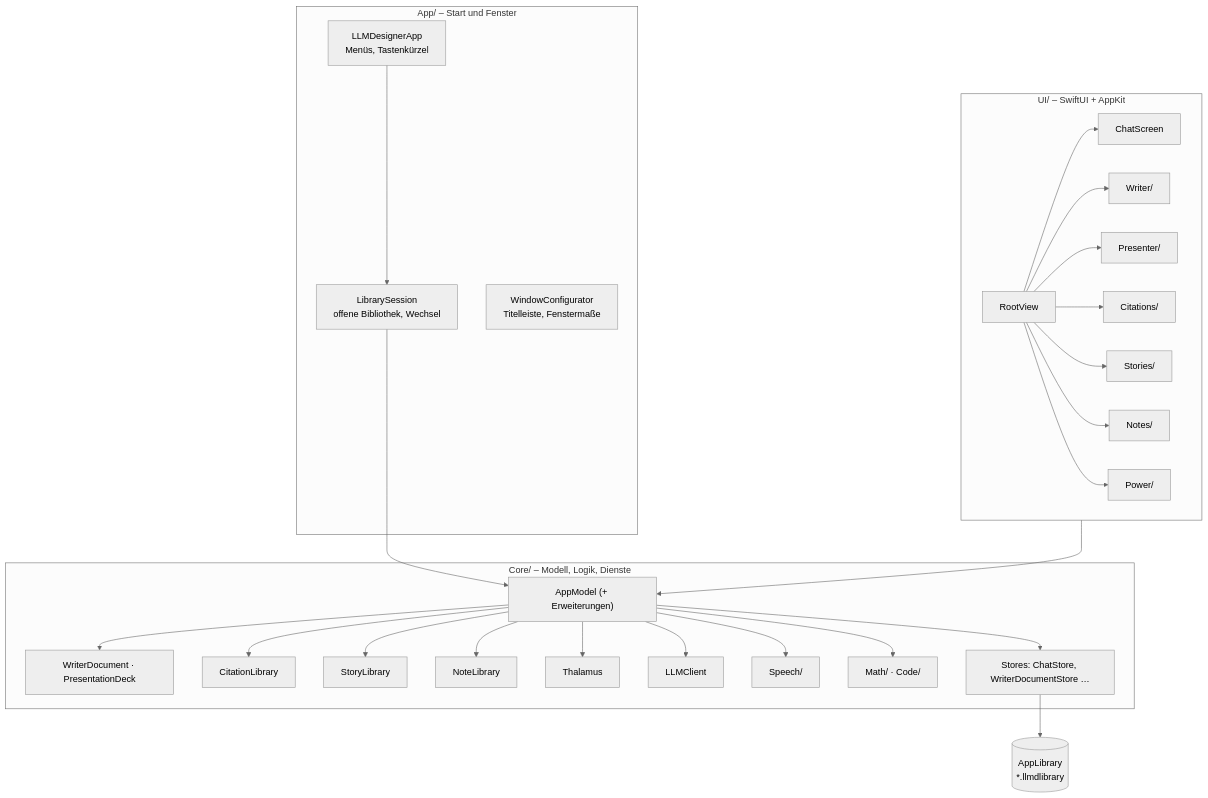
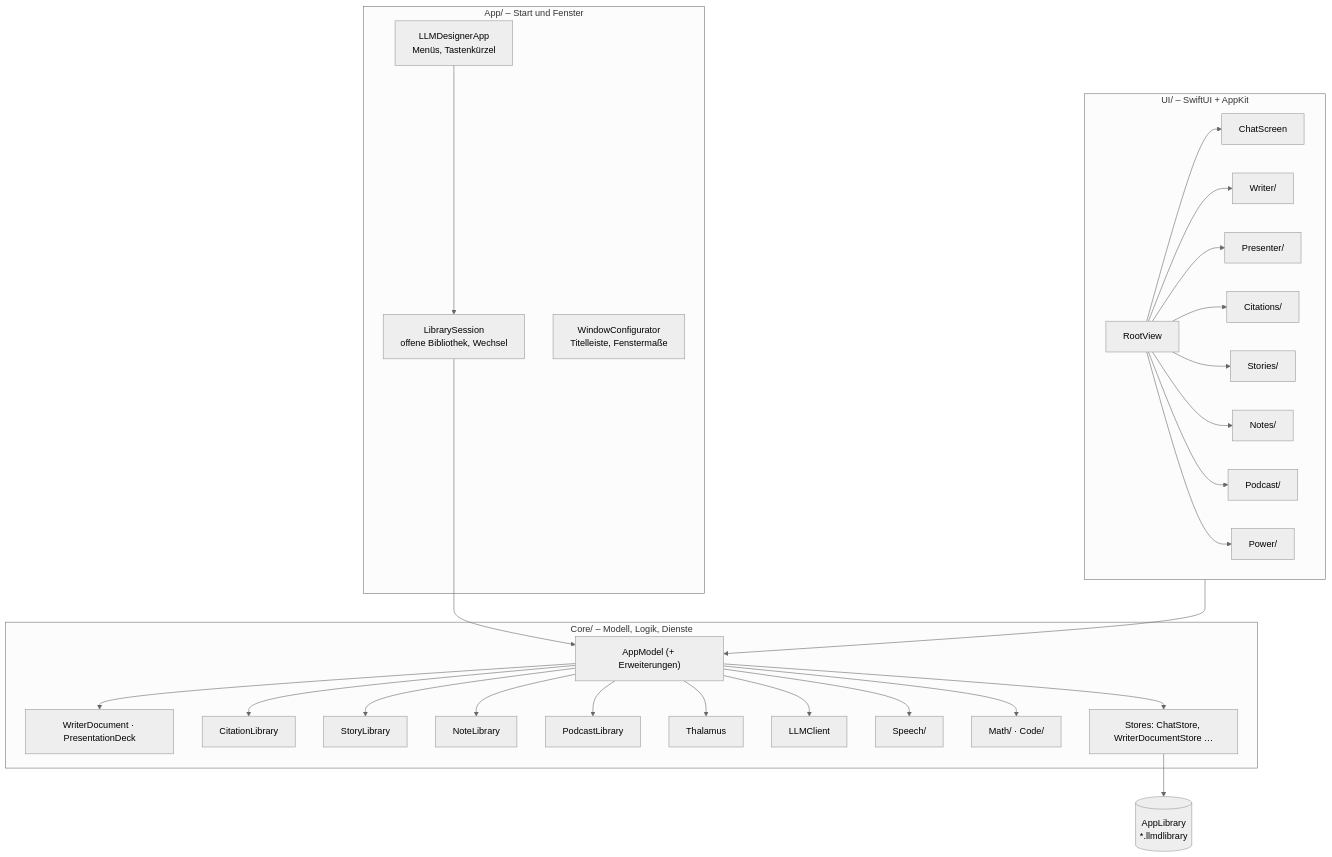
Before and after one commit to AlexEhrenberger/LLMDesigner: the first of 8 diagrams in docs/architektur.md, drawn with Mermaid (neutral theme). The commit also changed other lines of this file and 40 other files, not shown here.

````diff
--- a/docs/architektur.md
+++ b/docs/architektur.md
@@ -14,37 +14,39 @@
 ```mermaid
 flowchart TB
     subgraph App["App/ – Start und Fenster"]
         LA["LLMDesignerApp<br/>Menüs, Tastenkürzel"]
         LS["LibrarySession<br/>offene Bibliothek, Wechsel"]
         WC["WindowConfigurator<br/>Titelleiste, Fenstermaße"]
     end
     subgraph UI["UI/ – SwiftUI + AppKit"]
         RV["RootView"]
         CS["ChatScreen"]
         WS["Writer/"]
         PS["Presenter/"]
         CI["Citations/"]
         ST["Stories/"]
         NO["Notes/"]
+        PO["Podcast/"]
         PW["Power/"]
     end
     subgraph Core["Core/ – Modell, Logik, Dienste"]
         AM["AppModel (+ Erweiterungen)"]
         DOC["WriterDocument · PresentationDeck"]
         CL["CitationLibrary"]
         SL["StoryLibrary"]
         NL["NoteLibrary"]
+        PL["PodcastLibrary"]
         TH["Thalamus"]
         LLM["LLMClient"]
         SP["Speech/"]
         MA["Math/ · Code/"]
         STO["Stores: ChatStore, WriterDocumentStore …"]
     end
     LIB[("AppLibrary<br/>*.llmdlibrary")]
     LA --> LS --> AM
-    RV --> CS & WS & PS & CI & ST & NO & PW
+    RV --> CS & WS & PS & CI & ST & NO & PO & PW
     UI --> AM
-    AM --> DOC & CL & SL & NL & TH & LLM & SP & MA
+    AM --> DOC & CL & SL & NL & PL & TH & LLM & SP & MA
     STO --> LIB
     AM --> STO
 ```
````
